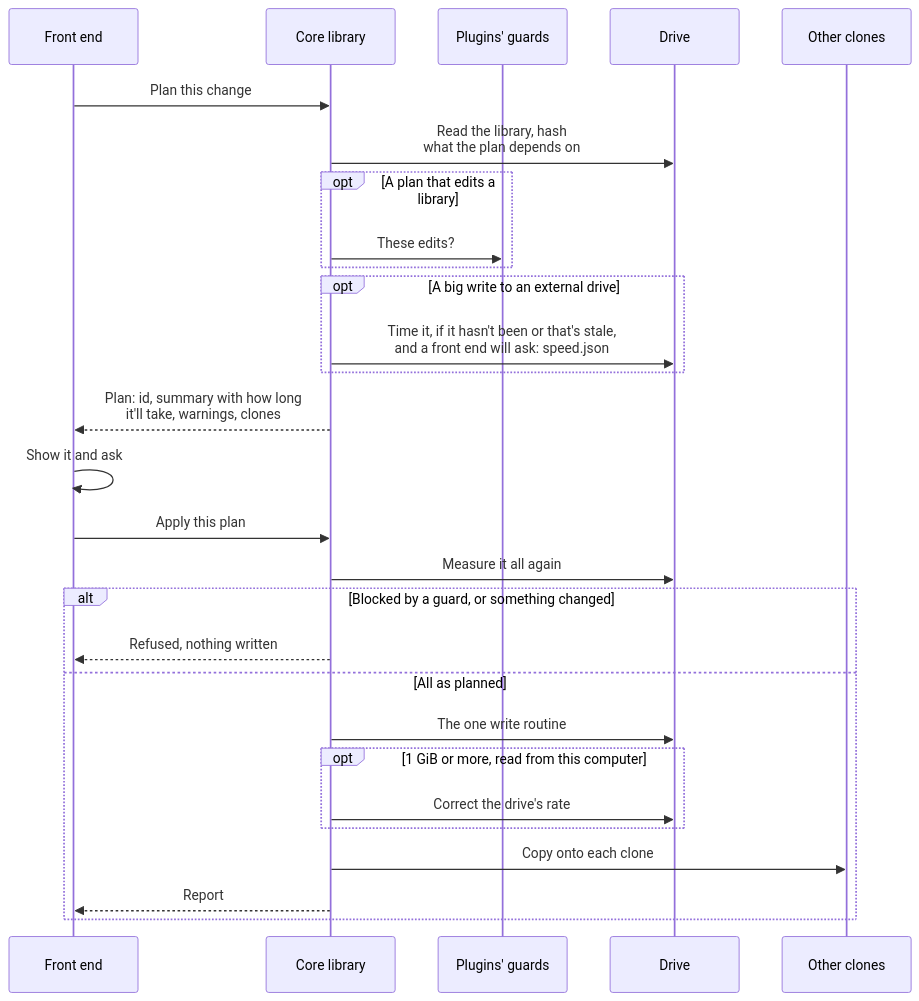
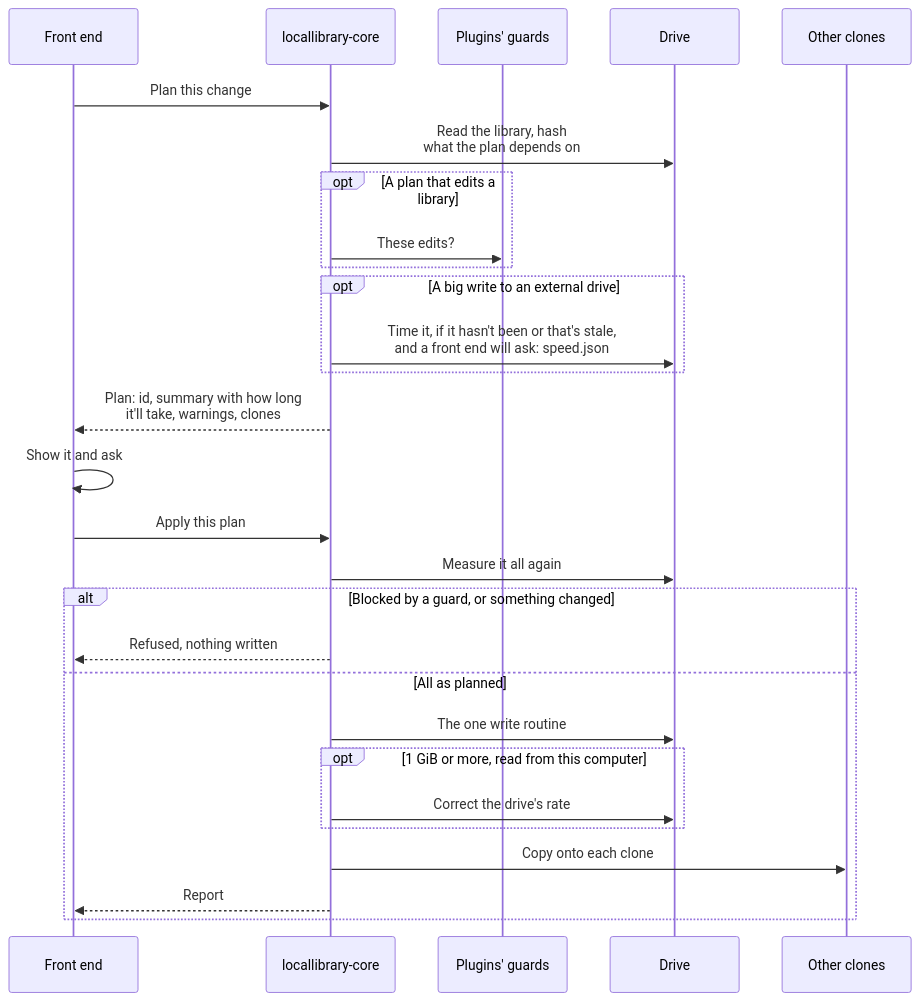
Before and after one commit to cutenode/localnetwork: the first of 19 diagrams in apps/locallibrary/docs/diagrams/changing-drives.md, drawn with Mermaid. The commit also changed 32 other files, not shown here.

````diff
--- a/apps/locallibrary/docs/diagrams/changing-drives.md
+++ b/apps/locallibrary/docs/diagrams/changing-drives.md
@@ -29,30 +29,30 @@
 ```mermaid
 sequenceDiagram
     participant F as Front end
-    participant A as Core library
+    participant A as locallibrary-core
     participant G as Plugins' guards
     participant D as Drive
     participant C as Other clones
     F->>A: Plan this change
     A->>D: Read the library, hash<br/>what the plan depends on
     opt A plan that edits a library
         A->>G: These edits?
     end
     opt A big write to an external drive
         A->>D: Time it, if it hasn't been or that's stale,<br/>and a front end will ask: speed.json
     end
     A-->>F: Plan: id, summary with how long<br/>it'll take, warnings, clones
     F->>F: Show it and ask
     F->>A: Apply this plan
     A->>D: Measure it all again
     alt Blocked by a guard, or something changed
         A-->>F: Refused, nothing written
     else All as planned
         A->>D: The one write routine
         opt 1 GiB or more, read from this computer
             A->>D: Correct the drive's rate
         end
         A->>C: Copy onto each clone
         A-->>F: Report
     end
 ```
````
